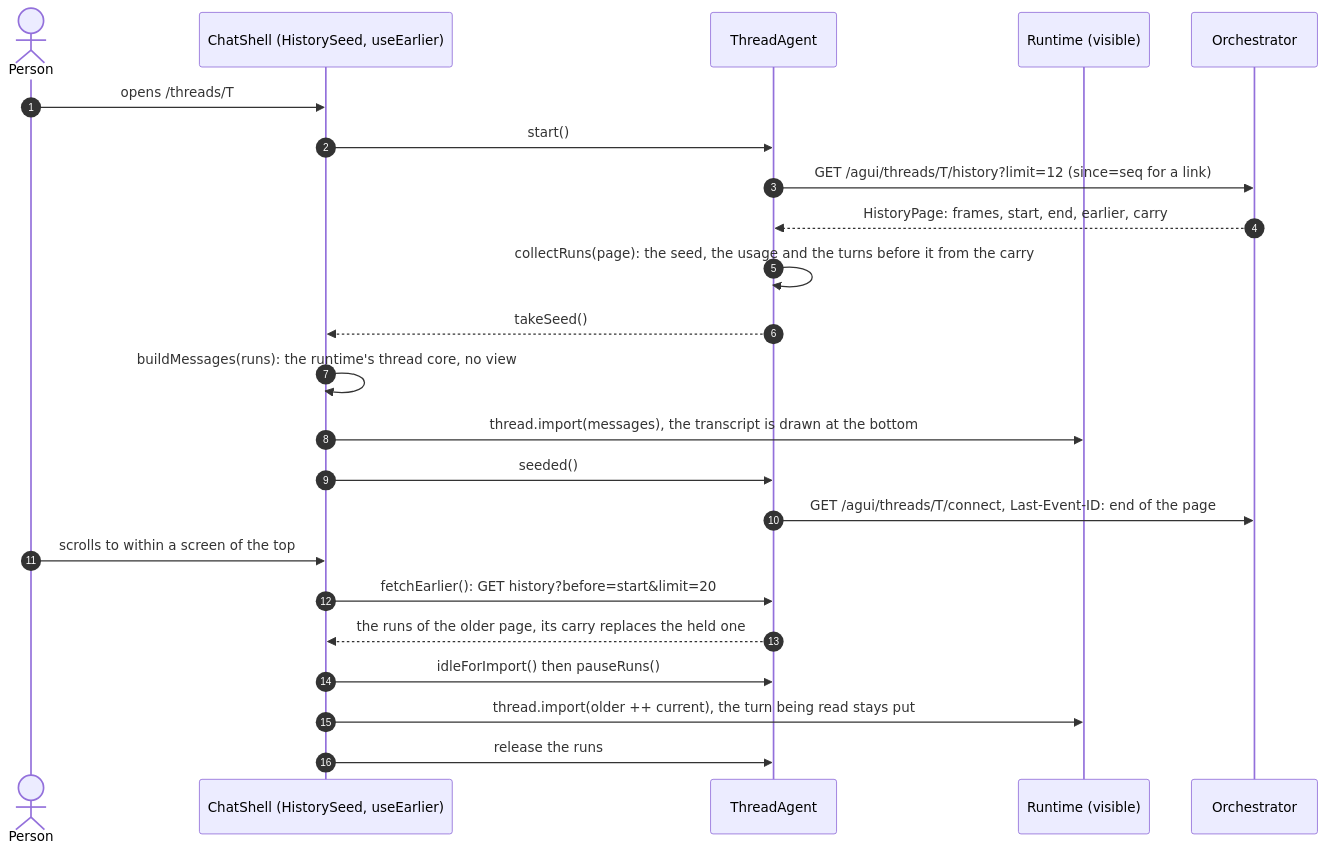
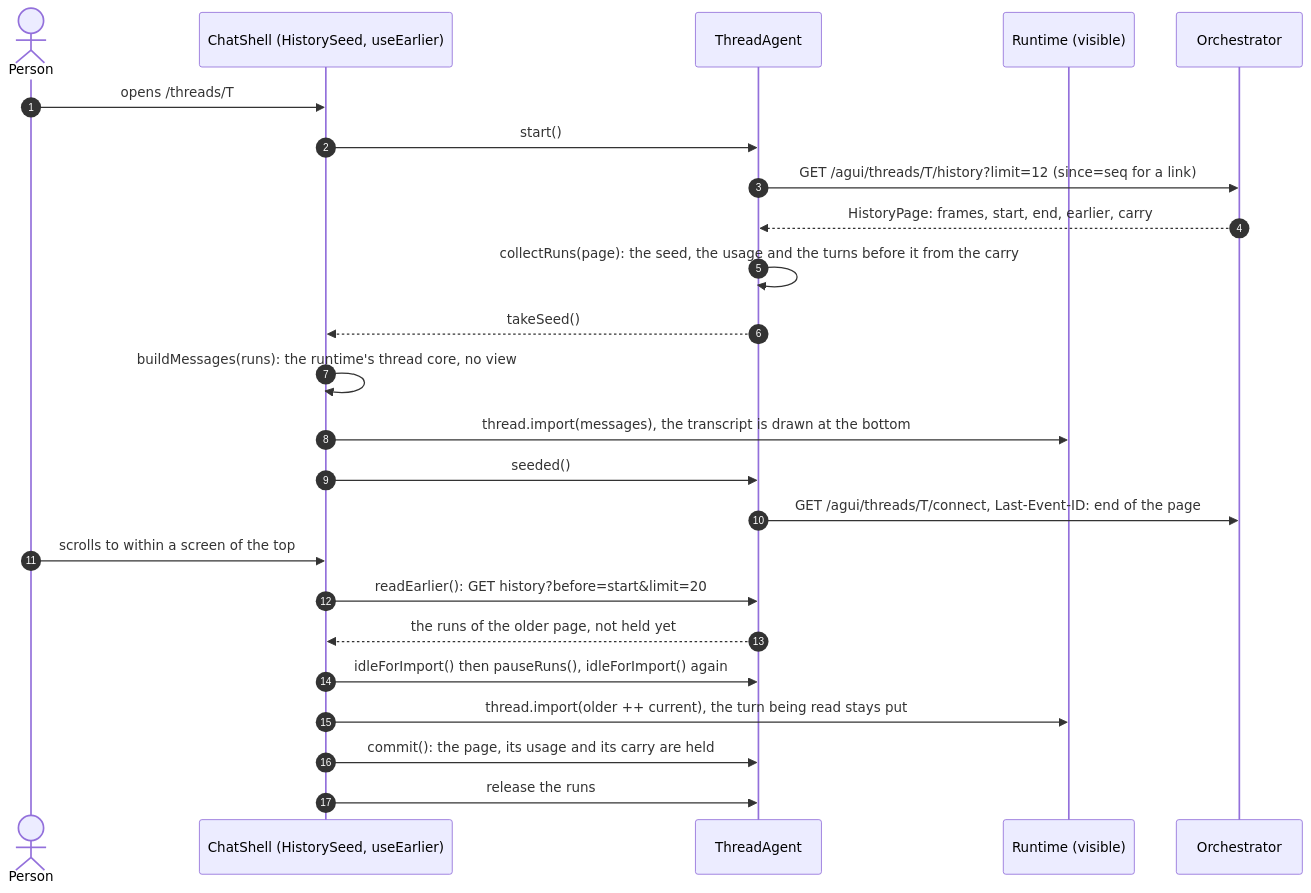
Before and after one commit to vymalo/another-agentic-system: the fifth of 36 diagrams in web/README.md, drawn with Mermaid. The commit also changed other lines of this file and 3 other files, not shown here.

First line of the commit message:
docs: the history read after the review, and the fold measured on 12 000 events

````diff
--- a/web/README.md
+++ b/web/README.md
@@ -391,25 +396,26 @@
 ```mermaid
 sequenceDiagram
   autonumber
   actor P as Person
   participant C as ChatShell (HistorySeed, useEarlier)
   participant A as ThreadAgent
   participant R as Runtime (visible)
   participant O as Orchestrator
   P->>C: opens /threads/T
   C->>A: start()
   A->>O: GET /agui/threads/T/history?limit=12 (since=seq for a link)
   O-->>A: HistoryPage: frames, start, end, earlier, carry
   A->>A: collectRuns(page): the seed, the usage and the turns before it from the carry
   A-->>C: takeSeed()
   C->>C: buildMessages(runs): the runtime's thread core, no view
   C->>R: thread.import(messages), the transcript is drawn at the bottom
   C->>A: seeded()
   A->>O: GET /agui/threads/T/connect, Last-Event-ID: end of the page
   P->>C: scrolls to within a screen of the top
-  C->>A: fetchEarlier(): GET history?before=start&limit=20
-  A-->>C: the runs of the older page, its carry replaces the held one
-  C->>A: idleForImport() then pauseRuns()
+  C->>A: readEarlier(): GET history?before=start&limit=20
+  A-->>C: the runs of the older page, not held yet
+  C->>A: idleForImport() then pauseRuns(), idleForImport() again
   C->>R: thread.import(older ++ current), the turn being read stays put
+  C->>A: commit(): the page, its usage and its carry are held
   C->>A: release the runs
 ```
````
